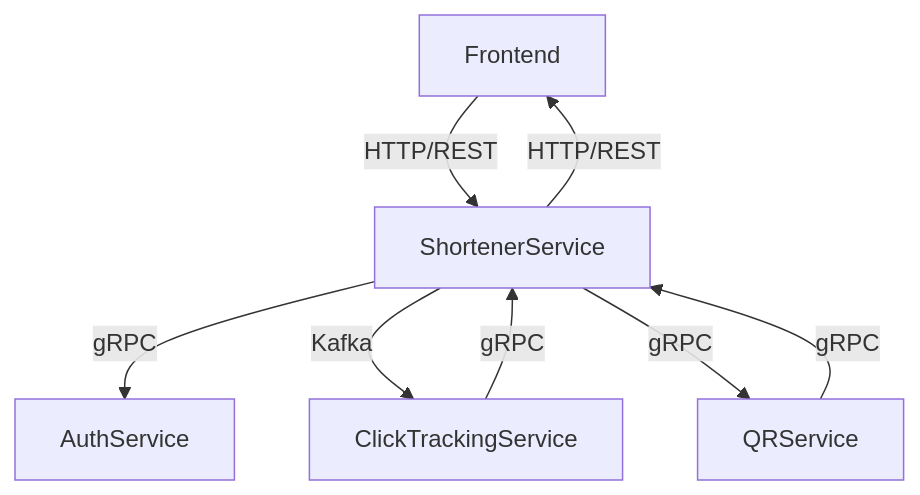
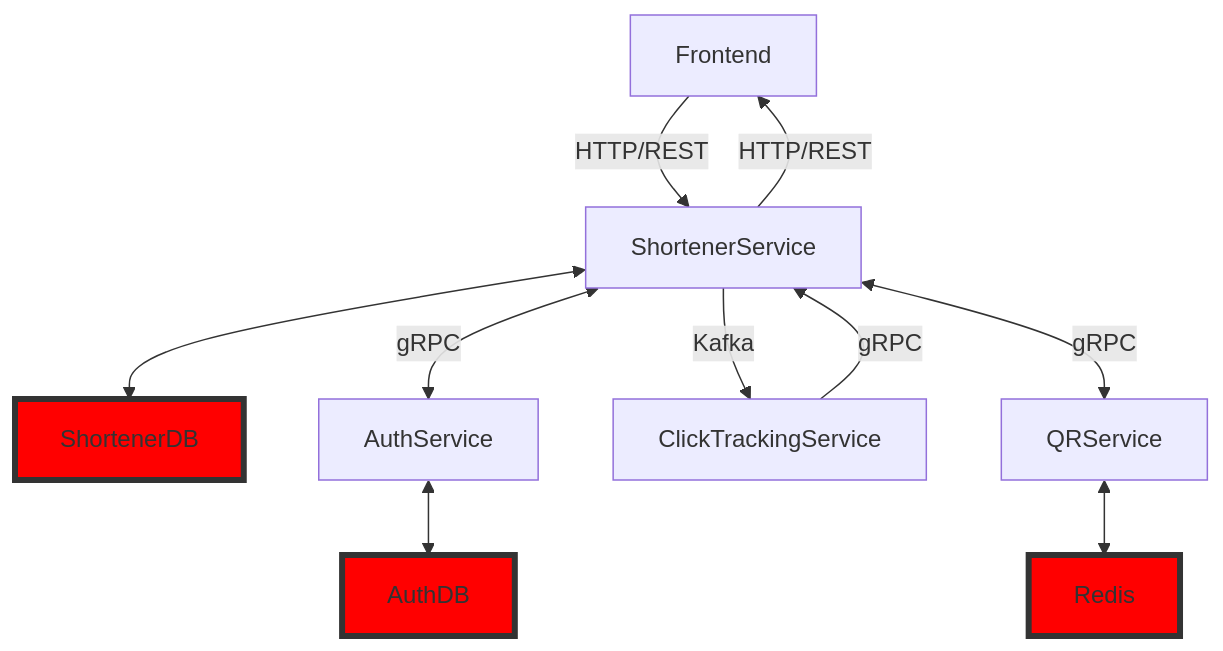
Before and after one commit to Simoffsky/Url-Shortener: the diagram in README.md, drawn with Mermaid. The commit also changed other lines of this file and 10 other files, not shown here.

````diff
--- a/README.md
+++ b/README.md
@@ -3,10 +3,21 @@
 ```mermaid
 flowchart TB;
     Frontend -->|HTTP/REST| ShortenerService;
-    ShortenerService -->|gRPC| AuthService;
+
+    ShortenerService<-->ShortenerDB;
+    ShortenerService <-->|gRPC| AuthService;
     ShortenerService -->|Kafka| ClickTrackingService;
     ClickTrackingService -->|gRPC| ShortenerService;
+    
     ShortenerService -->|HTTP/REST| Frontend;
-    QRService -->|gRPC| ShortenerService;
-    ShortenerService -->|gRPC| QRService;
+    
+    ShortenerService <-->|gRPC| QRService;
+
+    QRService<-->Redis;
+    AuthService<-->AuthDB;
+
+    
+    class Redis,ShortenerDB,AuthDB database;
+    
+    classDef database fill:#f00,stroke:#333,stroke-width:4px;
 ```
````
